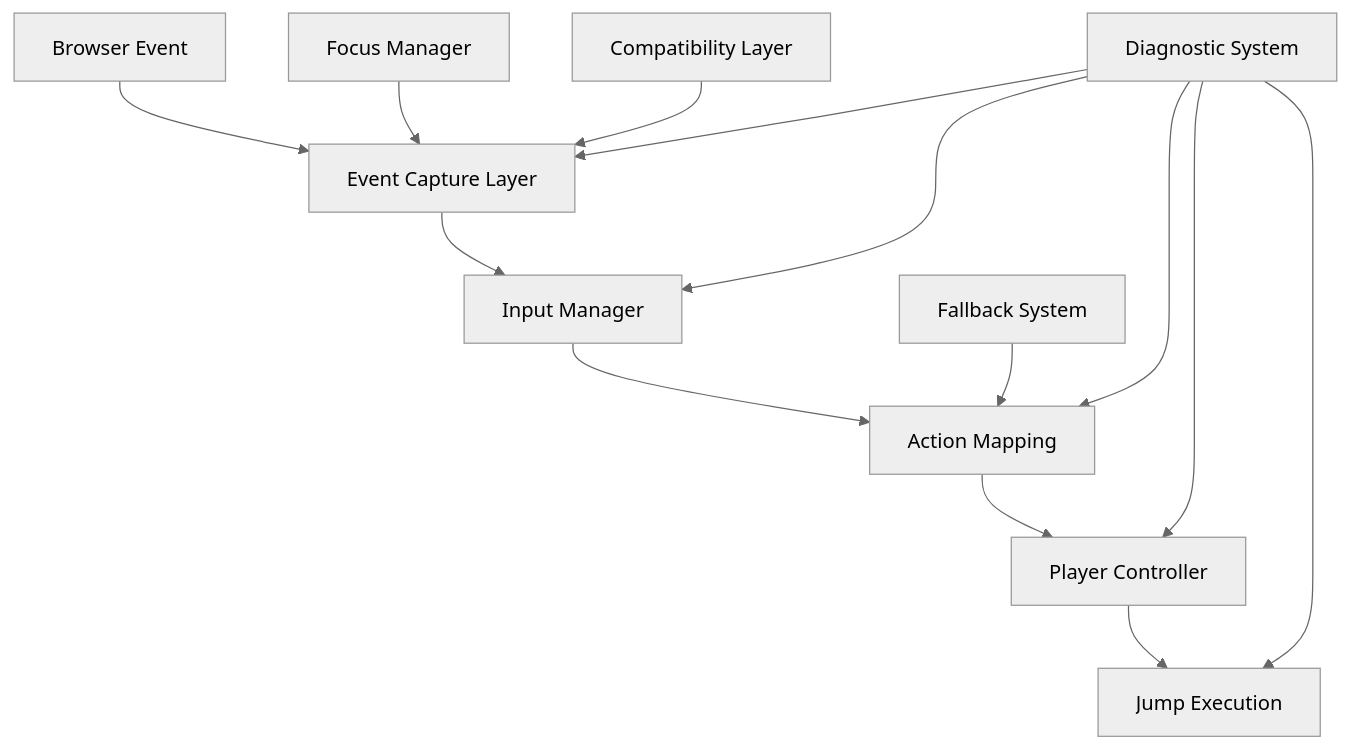
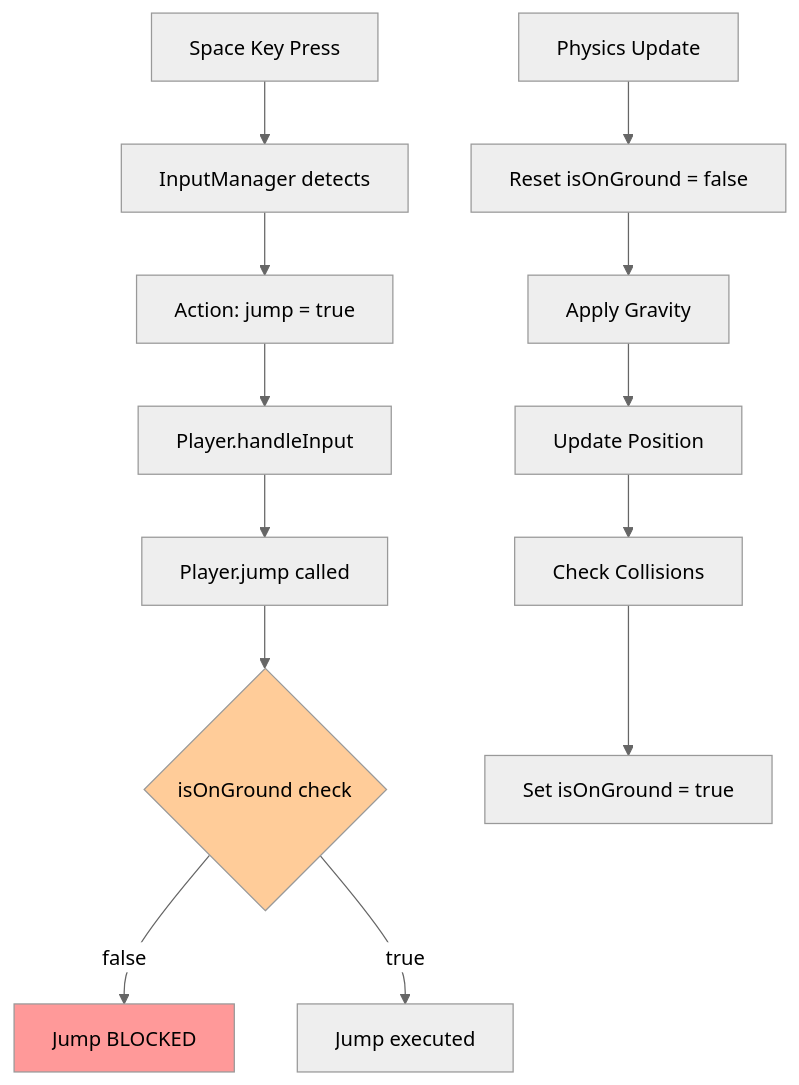
The first of 2 diagrams in .kiro/specs/space-key-jump-fix/design.md (kat-log/kiro-mario-spec), drawn with Mermaid (neutral theme) before and after one commit. The commit also changed other lines of this file and 2 other files, not shown here.

````diff
--- a/.kiro/specs/space-key-jump-fix/design.md
+++ b/.kiro/specs/space-key-jump-fix/design.md
@@ -11,18 +18,19 @@
 ```mermaid
 graph TB
-    A[Browser Event] --> B[Event Capture Layer]
-    B --> C[Input Manager]
-    C --> D[Action Mapping]
-    D --> E[Player Controller]
-    E --> F[Jump Execution]
+    A[Space Key Press] --> B[InputManager detects]
+    B --> C[Action: jump = true]
+    C --> D[Player.handleInput]
+    D --> E[Player.jump called]
+    E --> F{isOnGround check}
+    F -->|false| G[Jump BLOCKED]
+    F -->|true| H[Jump executed]
 
-    G[Diagnostic System] --> B
-    G --> C
-    G --> D
-    G --> E
-    G --> F
+    I[Physics Update] --> J[Reset isOnGround = false]
+    J --> K[Apply Gravity]
+    K --> L[Update Position]
+    L --> M[Check Collisions]
+    M --> N[Set isOnGround = true]
 
-    H[Focus Manager] --> B
-    I[Compatibility Layer] --> B
-    J[Fallback System] --> D
+    style G fill:#ff9999
+    style F fill:#ffcc99
 ```
````
